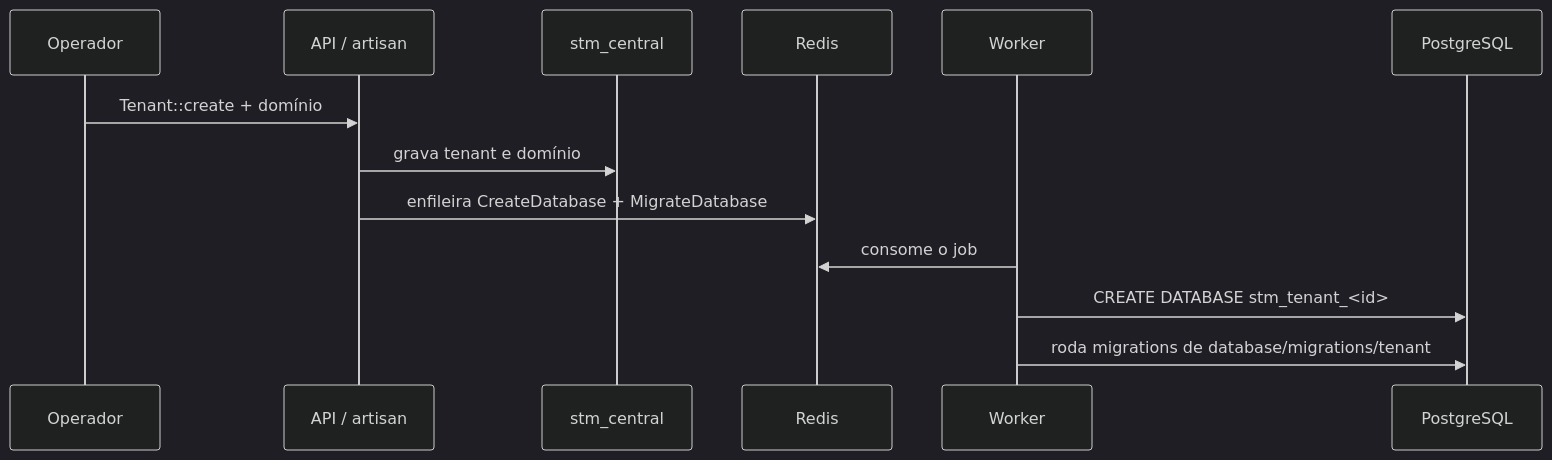
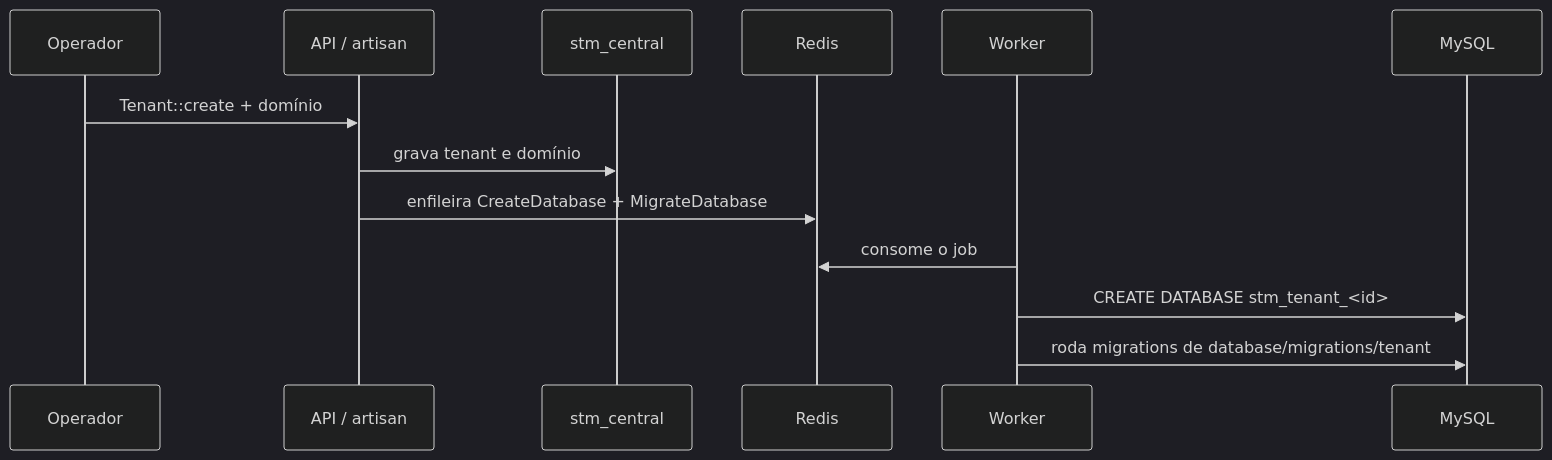
Before and after one commit to CristovaoCarlos/ERP-Estudos: the fourth of 5 diagrams in docs/arquitetura/arc42.md, drawn with Mermaid (dark theme). The commit also changed other lines of this file and 76 other files, not shown here.

First line of the commit message:
feat(banco): troca PostgreSQL 17 por MySQL 8.4

````diff
--- a/docs/arquitetura/arc42.md
+++ b/docs/arquitetura/arc42.md
@@ -169,16 +169,16 @@
 ```mermaid
 sequenceDiagram
     participant Op as Operador
     participant A as API / artisan
     participant C as stm_central
     participant R as Redis
     participant W as Worker
-    participant DB as PostgreSQL
+    participant DB as MySQL
 
     Op->>A: Tenant::create + domínio
     A->>C: grava tenant e domínio
     A->>R: enfileira CreateDatabase + MigrateDatabase
     W->>R: consome o job
     W->>DB: CREATE DATABASE stm_tenant_<id>
     W->>DB: roda migrations de database/migrations/tenant
 ```
````
